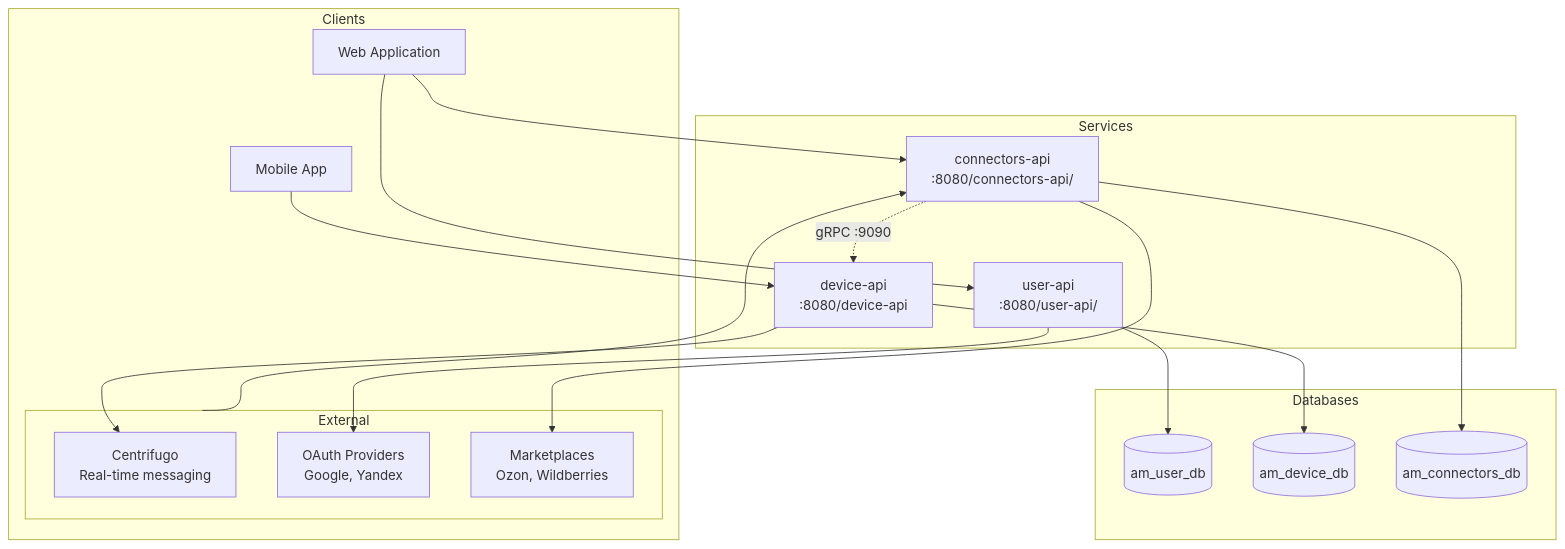
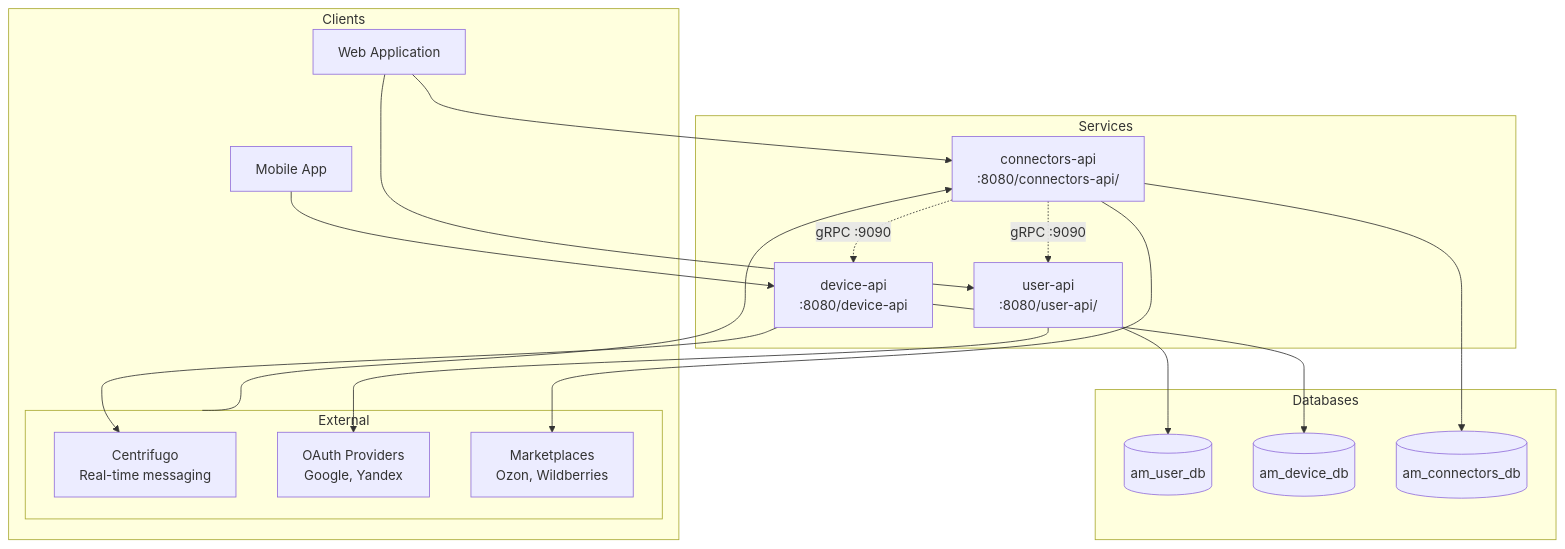
Before and after one commit to AgiMateIo/agimate-backend: the diagram in docs/architecture.md, drawn with Mermaid. The commit also changed other lines of this file and 23 other files, not shown here.

Commit message:
user-api as api key management

````diff
--- a/docs/architecture.md
+++ b/docs/architecture.md
@@ -5,40 +5,41 @@
 ```mermaid
 graph TB
     subgraph "Clients"
         WebApp[Web Application]
         MobileApp[Mobile App]
         External[External Systems]
     end
 
     subgraph "Services"
         UserAPI[user-api<br/>:8080/user-api/]
         DeviceAPI[device-api<br/>:8080/device-api]
         ConnectorsAPI[connectors-api<br/>:8080/connectors-api/]
     end
 
     subgraph "Databases"
         UserDB[(am_user_db)]
         DeviceDB[(am_device_db)]
         ConnectorsDB[(am_connectors_db)]
     end
 
     subgraph "External"
         Centrifugo[Centrifugo<br/>Real-time messaging]
         OAuth[OAuth Providers<br/>Google, Yandex]
         Marketplaces[Marketplaces<br/>Ozon, Wildberries]
     end
 
     WebApp --> UserAPI
     WebApp --> ConnectorsAPI
     MobileApp --> DeviceAPI
     External --> ConnectorsAPI
 
     UserAPI --> UserDB
     DeviceAPI --> DeviceDB
     ConnectorsAPI --> ConnectorsDB
 
     UserAPI --> OAuth
     DeviceAPI --> Centrifugo
     ConnectorsAPI --> Marketplaces
     ConnectorsAPI -.->|gRPC :9090| DeviceAPI
+    ConnectorsAPI -.->|gRPC :9090| UserAPI
 ```
````
